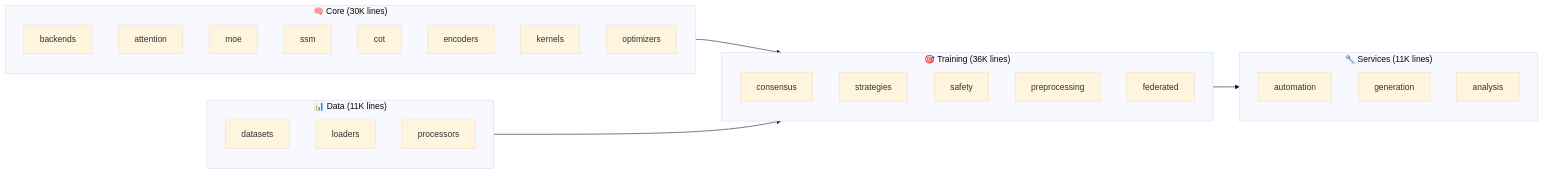
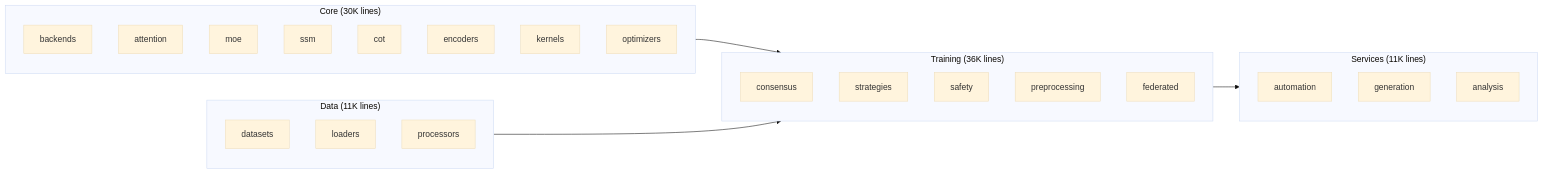
One commit to anachroni-co/cunca changed the second of 9 diagrams in README.md. Above: the diagram before and after it, drawn with Mermaid (base theme). The commit also changed other lines of this file and 179 other files, not shown here.

````diff
--- a/README.md
+++ b/README.md
@@ -123,37 +123,37 @@
 ```mermaid
 graph LR
-    subgraph core["🧠 Core (30K lines)"]
+    subgraph core[" Core (30K lines)"]
         backends[backends]
         attention[attention]
         moe[moe]
         ssm[ssm]
         cot[cot]
         encoders[encoders]
         kernels[kernels]
         optimizers[optimizers]
     end
 
-    subgraph training["🎯 Training (36K lines)"]
+    subgraph training[" Training (36K lines)"]
         consensus[consensus]
         strategies[strategies]
         safety[safety]
         preprocessing[preprocessing]
         federated[federated]
     end
 
-    subgraph data["📊 Data (11K lines)"]
+    subgraph data[" Data (11K lines)"]
         datasets[datasets]
         loaders[loaders]
         processors[processors]
     end
 
-    subgraph services["🔧 Services (11K lines)"]
+    subgraph services[" Services (11K lines)"]
         automation[automation]
         generation[generation]
         analysis[analysis]
     end
 
     core --> training
     data --> training
     training --> services
 ```
````
